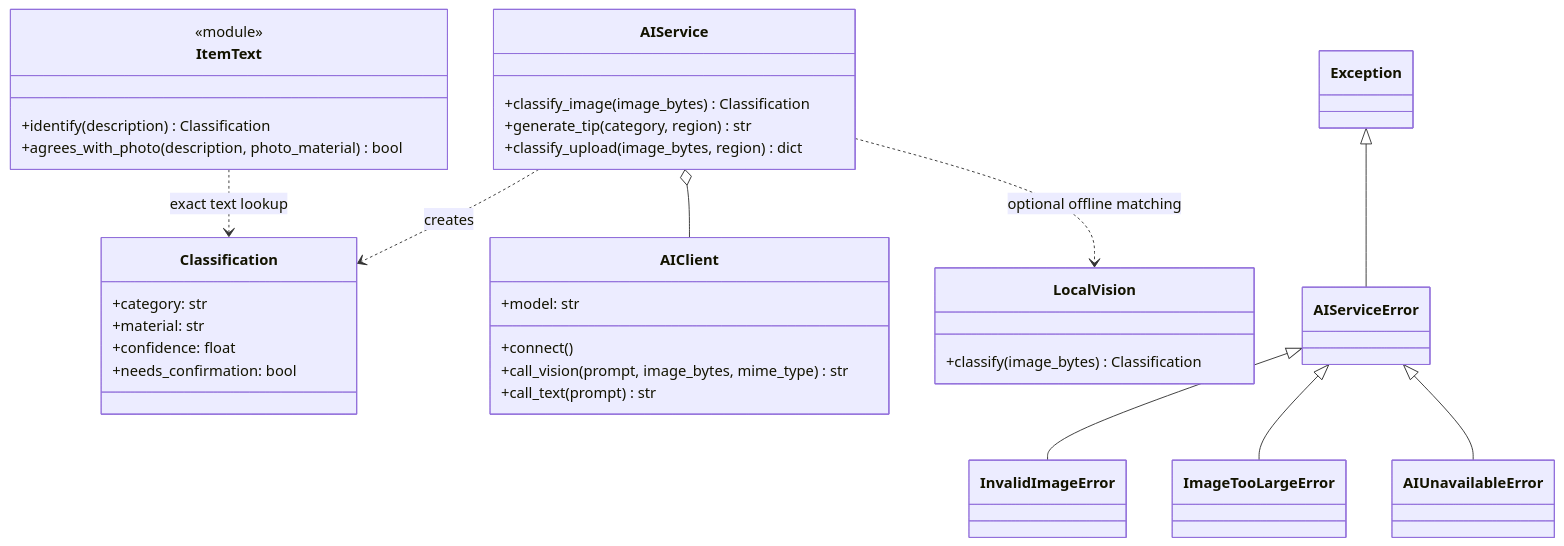
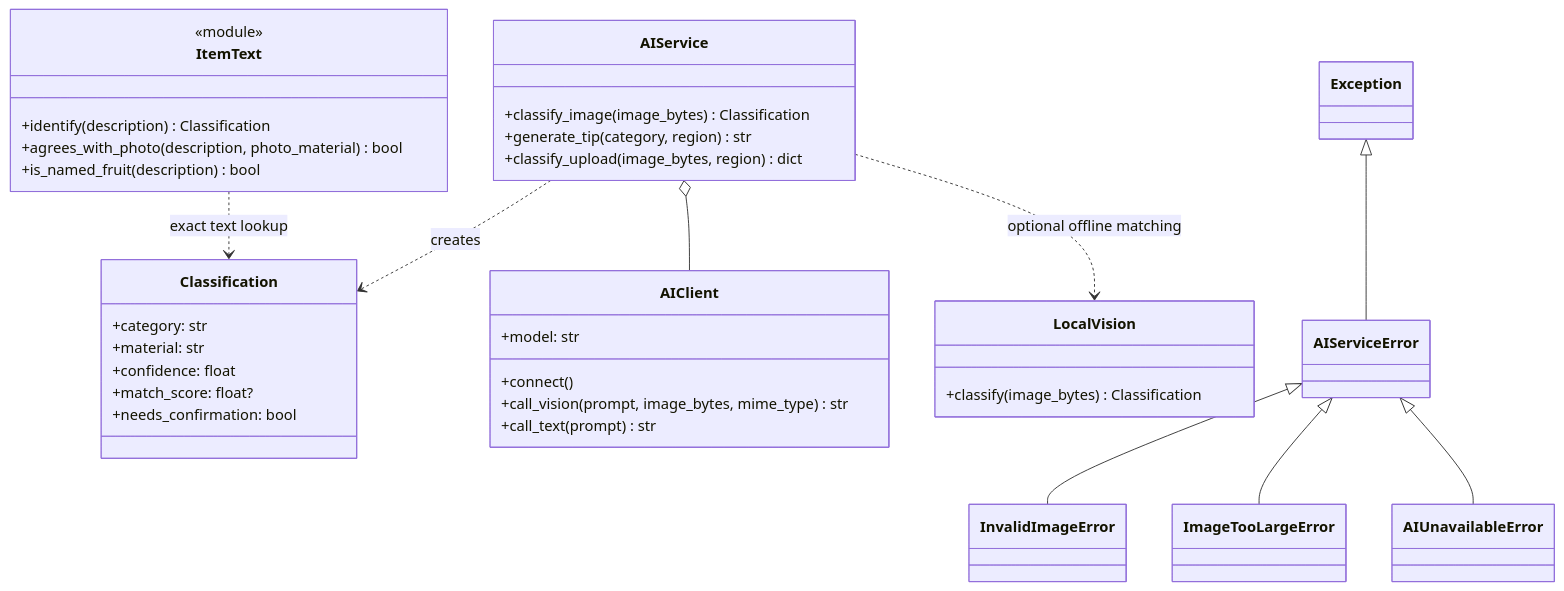
One commit to Timmyy3000/waste-sorting-assistant changed the sixth of 11 diagrams in README.md. Above: the diagram before and after it, drawn with Mermaid. The commit also changed other lines of this file and 13 other files, not shown here.

Commit message:
feat: auto-route named fruit and display raw photo match scores

````diff
--- a/README.md
+++ b/README.md
@@ -348,40 +361,42 @@
 ```mermaid
 classDiagram
     class Classification {
         +category: str
         +material: str
         +confidence: float
+        +match_score: float?
         +needs_confirmation: bool
     }
     class AIClient {
         +model: str
         +connect()
         +call_vision(prompt, image_bytes, mime_type) str
         +call_text(prompt) str
     }
     class AIService {
         +classify_image(image_bytes) Classification
         +generate_tip(category, region) str
         +classify_upload(image_bytes, region) dict
     }
     class LocalVision {
         +classify(image_bytes) Classification
     }
     class ItemText {
         <<module>>
         +identify(description) Classification
         +agrees_with_photo(description, photo_material) bool
+        +is_named_fruit(description) bool
     }
     class AIServiceError
     class InvalidImageError
     class ImageTooLargeError
     class AIUnavailableError
     AIService o-- AIClient
     AIService ..> Classification : creates
     AIService ..> LocalVision : optional offline matching
     ItemText ..> Classification : exact text lookup
     Exception <|-- AIServiceError
     AIServiceError <|-- InvalidImageError
     AIServiceError <|-- ImageTooLargeError
     AIServiceError <|-- AIUnavailableError
 ```
````
